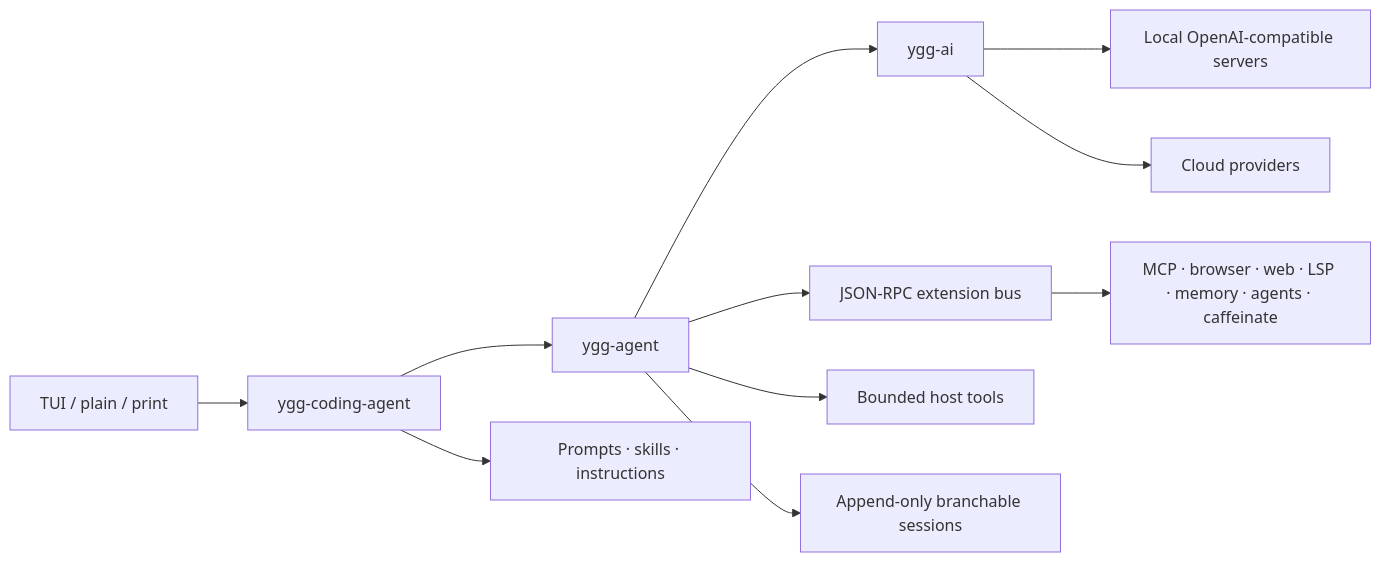
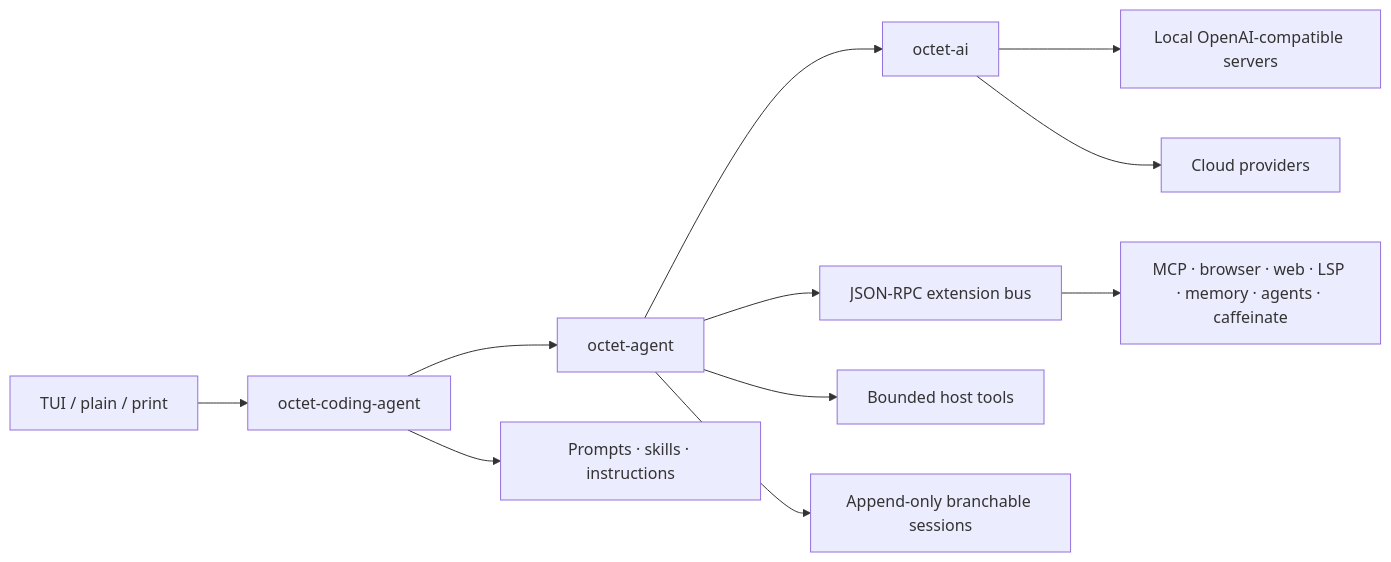
Before and after one commit to skaft-software/octet: the diagram in docs/current-reference.md, drawn with Mermaid. The commit also changed other lines of this file and 1165 other files, not shown here.

````diff
--- a/docs/current-reference.md
+++ b/docs/current-reference.md
@@ -938,13 +977,13 @@
 ```mermaid
 flowchart LR
-    UI["TUI / plain / print"] --> Product["ygg-coding-agent"]
-    Product --> Agent["ygg-agent"]
-    Agent --> AI["ygg-ai"]
+    UI["TUI / plain / print"] --> Product["octet-coding-agent"]
+    Product --> Agent["octet-agent"]
+    Agent --> AI["octet-ai"]
     AI --> Local["Local OpenAI-compatible servers"]
     AI --> Cloud["Cloud providers"]
     Agent --> Bus["JSON-RPC extension bus"]
     Bus --> Extensions["MCP · browser · web · LSP · memory · agents · caffeinate"]
     Agent --> Tools["Bounded host tools"]
     Agent --> Sessions["Append-only branchable sessions"]
     Product --> Resources["Prompts · skills · instructions"]
 ```
````
